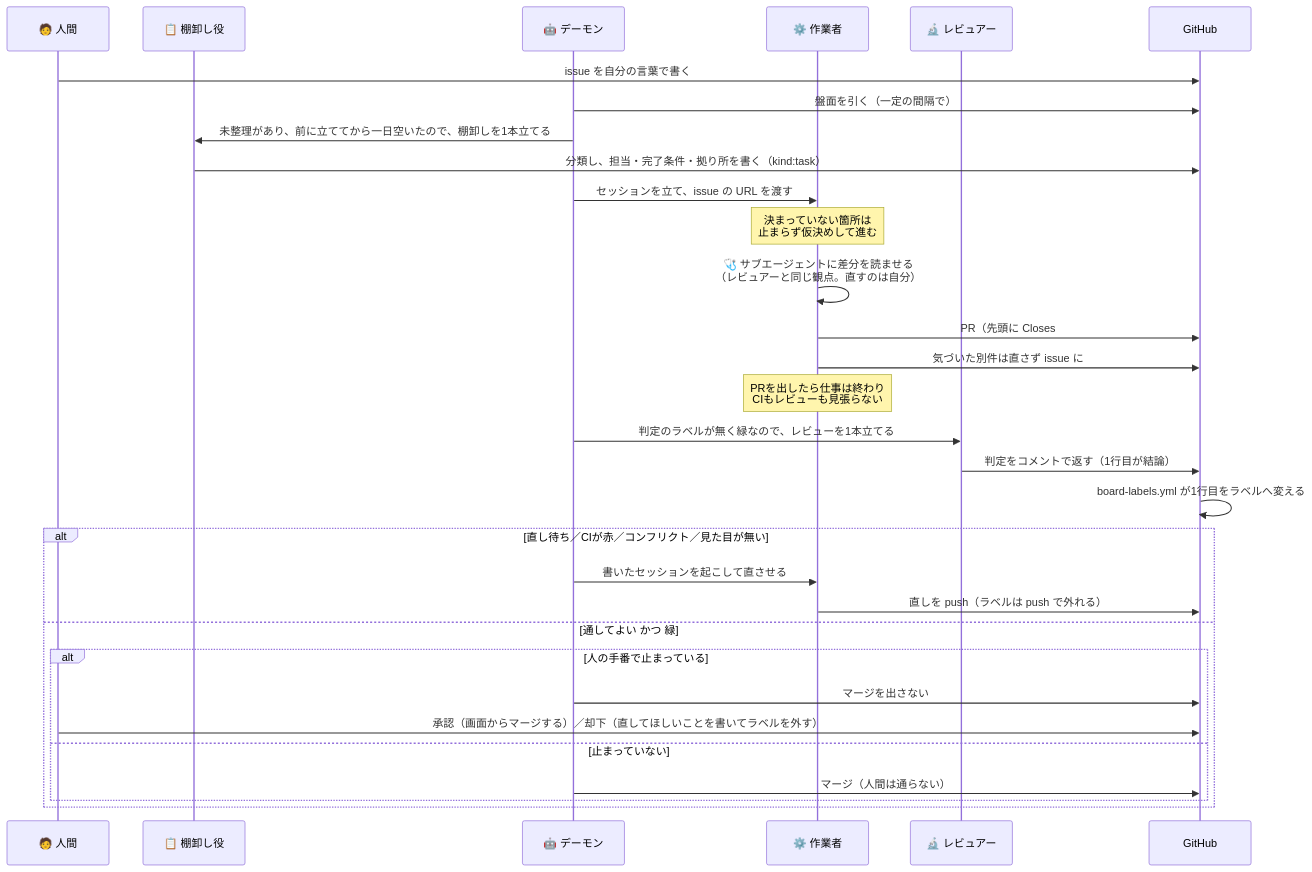
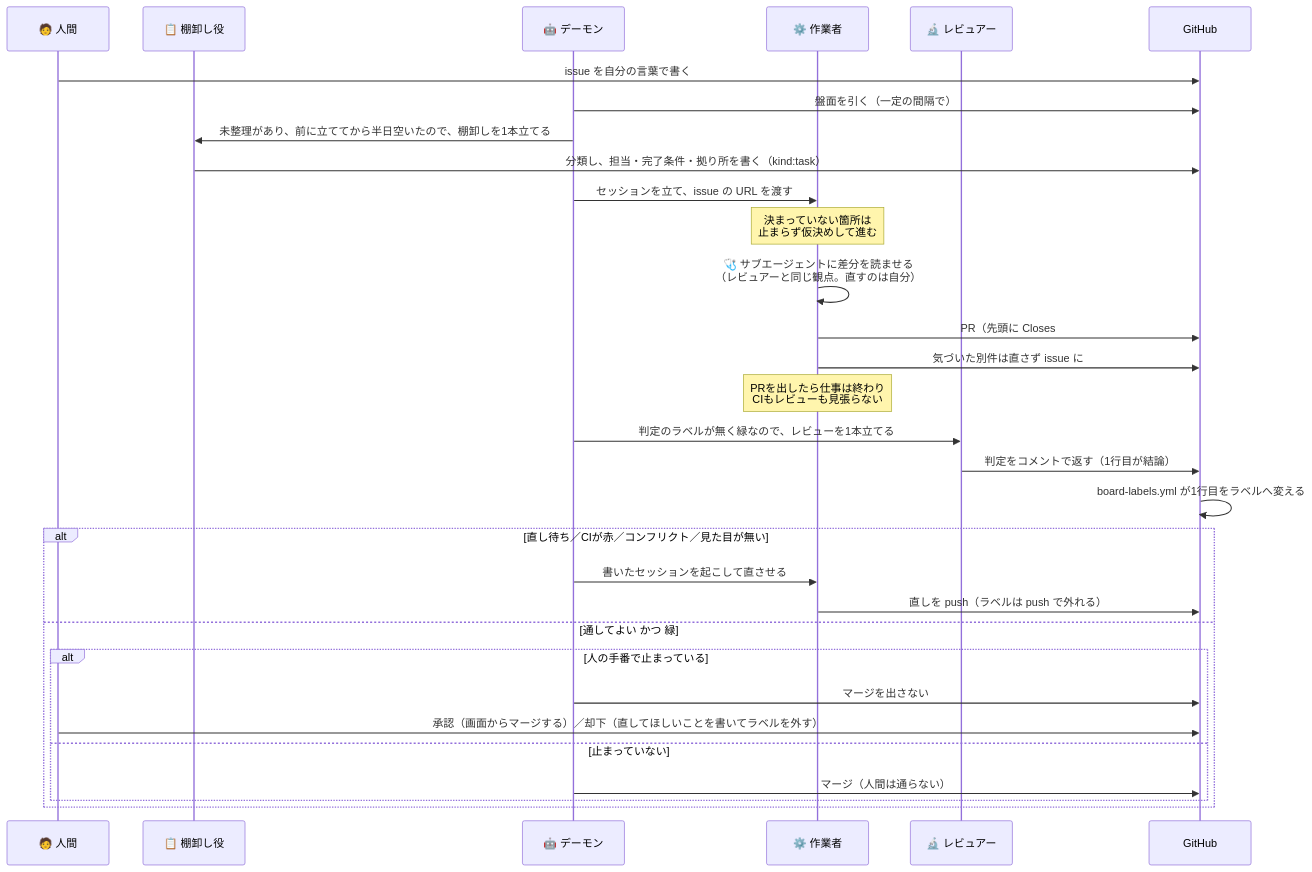
Before and after one commit to gooyyu1/UnmappedIsland: the third of 5 diagrams in docs/ParallelAgents.md, drawn with Mermaid. The commit also changed other lines of this file and 5 other files, not shown here.

````diff
--- a/docs/ParallelAgents.md
+++ b/docs/ParallelAgents.md
@@ -239,35 +239,35 @@
 ```mermaid
 sequenceDiagram
     participant H as 🧑 人間
     participant T as 📋 棚卸し役
     participant D as 🤖 デーモン
     participant W as ⚙️ 作業者
     participant R as 🔬 レビュアー
     participant G as GitHub
 
     H->>G: issue を自分の言葉で書く
     D->>G: 盤面を引く（一定の間隔で）
-    D->>T: 未整理があり、前に立ててから一日空いたので、棚卸しを1本立てる
+    D->>T: 未整理があり、前に立ててから半日空いたので、棚卸しを1本立てる
     T->>G: 分類し、担当・完了条件・拠り所を書く（kind:task）
     D->>W: セッションを立て、issue の URL を渡す
     Note over W: 決まっていない箇所は<br/>止まらず仮決めして進む
     W->>W: 🩺 サブエージェントに差分を読ませる<br/>（レビュアーと同じ観点。直すのは自分）
     W->>G: PR（先頭に Closes #N と ## 仮決め）
     W->>G: 気づいた別件は直さず issue に
     Note over W: PRを出したら仕事は終わり<br/>CIもレビューも見張らない
     D->>R: 判定のラベルが無く緑なので、レビューを1本立てる
     R->>G: 判定をコメントで返す（1行目が結論）
     G->>G: board-labels.yml が1行目をラベルへ変える
 
     alt 直し待ち／CIが赤／コンフリクト／見た目が無い
         D->>W: 書いたセッションを起こして直させる
         W->>G: 直しを push（ラベルは push で外れる）
     else 通してよい かつ 緑
         alt 人の手番で止まっている
             D->>G: マージを出さない
             H->>G: 承認（画面からマージする）／却下（直してほしいことを書いてラベルを外す）
         else 止まっていない
             D->>G: マージ（人間は通らない）
         end
     end
 ```
````
